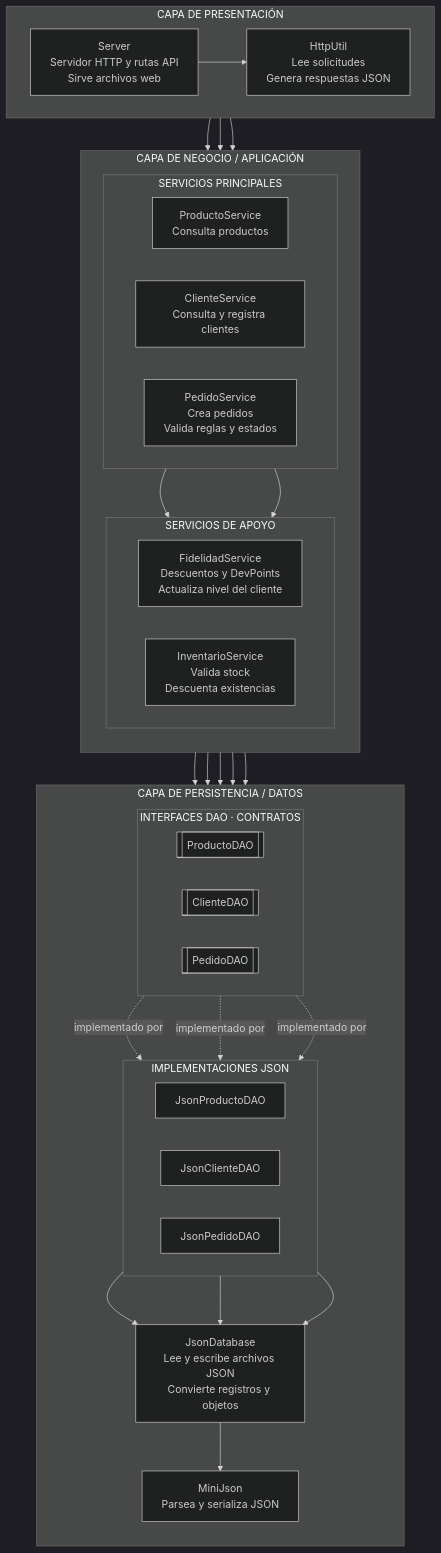
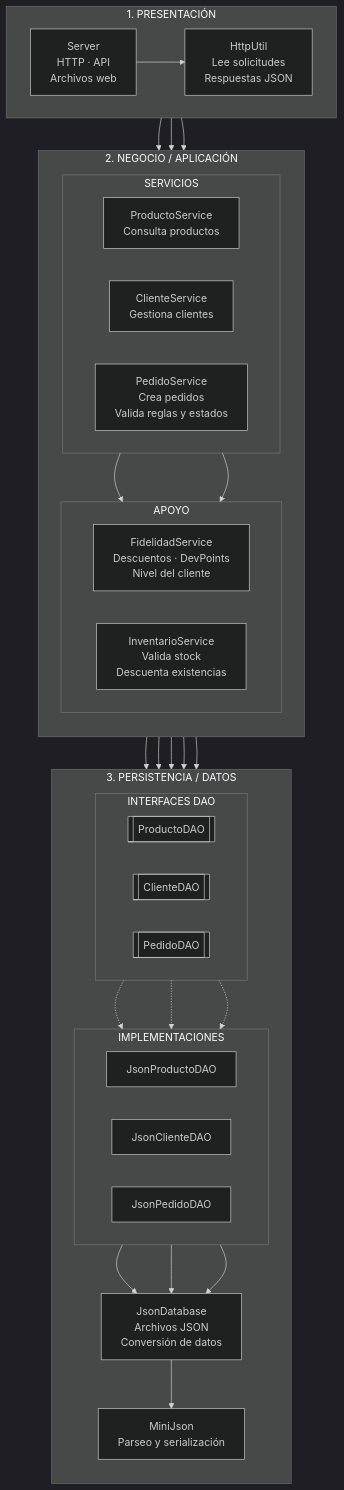
Before and after one commit to alejoms13/Taller-Modelo-N-Tier: the diagram in docs/diagramas-c4/c3-componentes.mmd, drawn with Mermaid (dark theme).

```diff
--- a/docs/diagramas-c4/c3-componentes.mmd
+++ b/docs/diagramas-c4/c3-componentes.mmd
@@ -1,70 +1,69 @@
 
 flowchart TB
 
-    subgraph P["CAPA DE PRESENTACIÓN"]
+    subgraph P["1. PRESENTACIÓN"]
         direction LR
-        Server["Server<br/>Servidor HTTP y rutas API<br/>Sirve archivos web"]
-        HU["HttpUtil<br/>Lee solicitudes<br/>Genera respuestas JSON"]
-        Server --> HU
+        S["Server<br/>HTTP · API<br/>Archivos web"]
+        H["HttpUtil<br/>Lee solicitudes<br/>Respuestas JSON"]
+        S --> H
     end
 
-    subgraph N["CAPA DE NEGOCIO / APLICACIÓN"]
+    subgraph N["2. NEGOCIO / APLICACIÓN"]
         direction TB
 
-        subgraph NS["SERVICIOS PRINCIPALES"]
+        subgraph NS["SERVICIOS"]
             direction LR
             PS["ProductoService<br/>Consulta productos"]
-            CS["ClienteService<br/>Consulta y registra clientes"]
+            CS["ClienteService<br/>Gestiona clientes"]
             OS["PedidoService<br/>Crea pedidos<br/>Valida reglas y estados"]
         end
 
-        subgraph NA["SERVICIOS DE APOYO"]
+        subgraph NA["APOYO"]
             direction LR
-            FS["FidelidadService<br/>Descuentos y DevPoints<br/>Actualiza nivel del cliente"]
+            FS["FidelidadService<br/>Descuentos · DevPoints<br/>Nivel del cliente"]
             IS["InventarioService<br/>Valida stock<br/>Descuenta existencias"]
         end
 
         OS --> FS
         OS --> IS
     end
 
-    subgraph D["CAPA DE PERSISTENCIA / DATOS"]
+    subgraph D["3. PERSISTENCIA / DATOS"]
         direction TB
 
-        subgraph I["INTERFACES DAO · CONTRATOS"]
+        subgraph I["INTERFACES DAO"]
             direction LR
             PI[["ProductoDAO"]]
             CI[["ClienteDAO"]]
             OI[["PedidoDAO"]]
         end
 
-        subgraph J["IMPLEMENTACIONES JSON"]
+        subgraph J["IMPLEMENTACIONES"]
             direction LR
             JP["JsonProductoDAO"]
             JC["JsonClienteDAO"]
             JO["JsonPedidoDAO"]
         end
 
-        DB["JsonDatabase<br/>Lee y escribe archivos JSON<br/>Convierte registros y objetos"]
-        MJ["MiniJson<br/>Parsea y serializa JSON"]
+        DB["JsonDatabase<br/>Archivos JSON<br/>Conversión de datos"]
+        MJ["MiniJson<br/>Parseo y serialización"]
 
-        PI -. "implementado por" .-> JP
-        CI -. "implementado por" .-> JC
-        OI -. "implementado por" .-> JO
+        PI -.-> JP
+        CI -.-> JC
+        OI -.-> JO
 
         JP --> DB
         JC --> DB
         JO --> DB
         DB --> MJ
     end
 
-    Server --> PS
-    Server --> CS
-    Server --> OS
+    S --> PS
+    S --> CS
+    S --> OS
 
     PS --> PI
     CS --> CI
-
     OS --> PI
     OS --> CI
     OS --> OI
```
